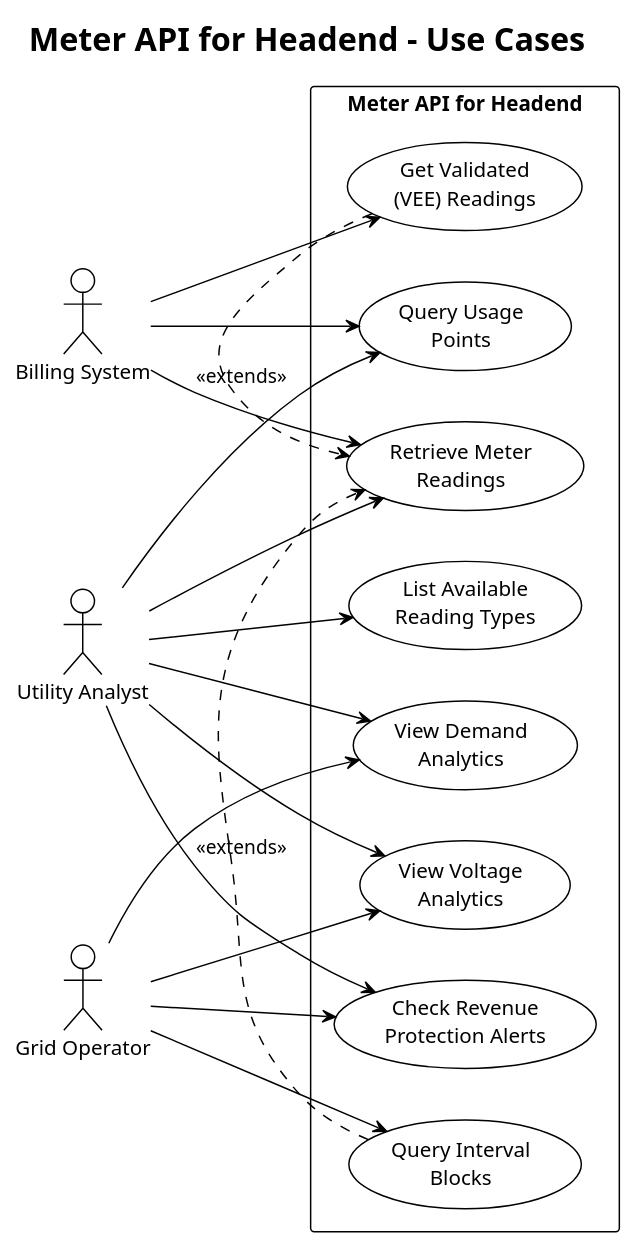
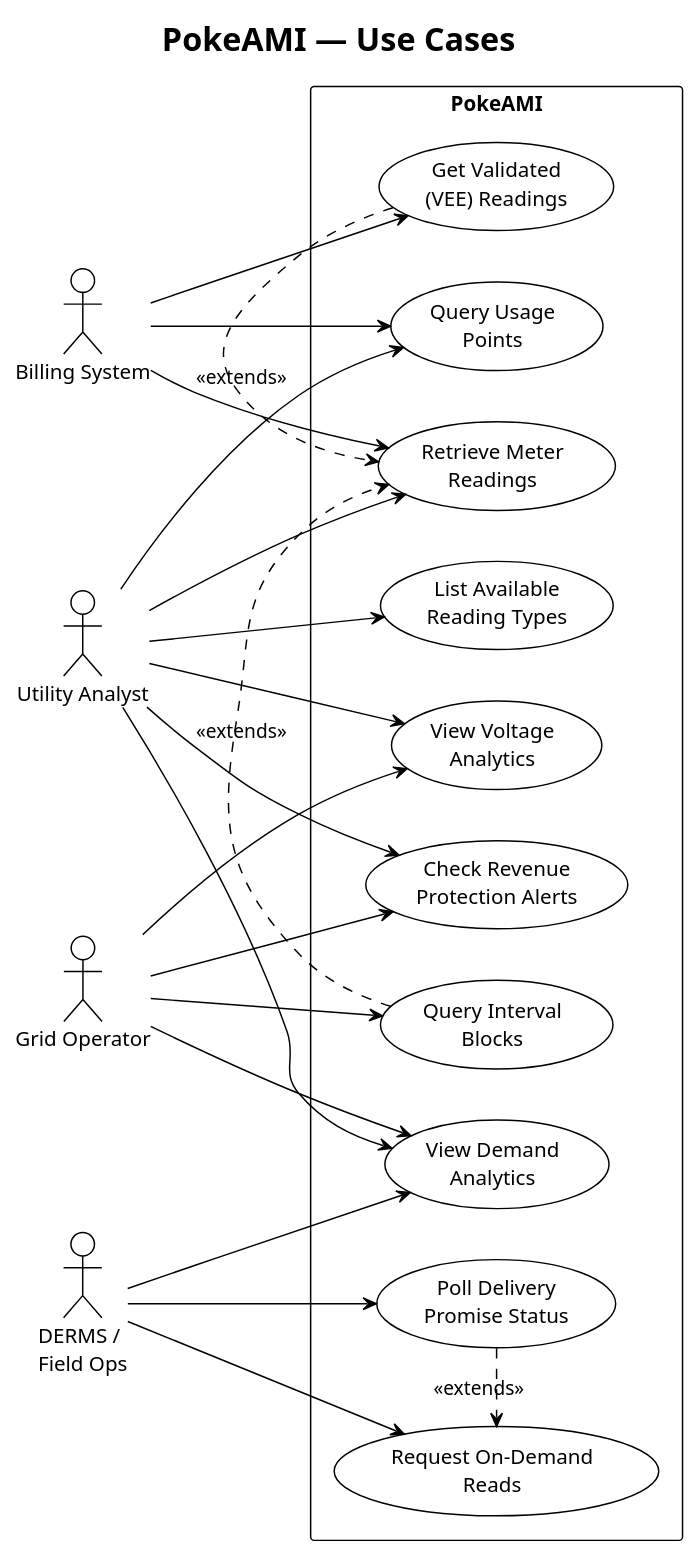
Before and after one commit to pjm4github/PokeAMI: the diagram in docs/diagrams/use_case.puml, drawn with PlantUML. The commit also changed 16 other files, not shown here.

First line of the commit message:
Rename to PokeAMI, update README and all PlantUML diagrams

```diff
--- a/docs/diagrams/use_case.puml
+++ b/docs/diagrams/use_case.puml
@@ -1,42 +1,50 @@
 @startuml Use Case Diagram
 !theme plain
 
-title Meter API for Headend - Use Cases
+title PokeAMI — Use Cases
 
 left to right direction
 
 actor "Utility Analyst" as Analyst
 actor "Billing System" as Billing
 actor "Grid Operator" as Grid
+actor "DERMS /\nField Ops" as Field
 
-rectangle "Meter API for Headend" {
+rectangle "PokeAMI" {
     usecase "Retrieve Meter\nReadings" as UC1
     usecase "Query Usage\nPoints" as UC2
     usecase "View Demand\nAnalytics" as UC3
     usecase "View Voltage\nAnalytics" as UC4
     usecase "Check Revenue\nProtection Alerts" as UC5
     usecase "List Available\nReading Types" as UC6
     usecase "Get Validated\n(VEE) Readings" as UC7
     usecase "Query Interval\nBlocks" as UC8
+    usecase "Request On-Demand\nReads" as UC9
+    usecase "Poll Delivery\nPromise Status" as UC10
 }
 
 Analyst --> UC1
 Analyst --> UC2
 Analyst --> UC3
 Analyst --> UC4
 Analyst --> UC5
 Analyst --> UC6
 
 Billing --> UC1
 Billing --> UC7
 Billing --> UC2
 
 Grid --> UC4
 Grid --> UC3
 Grid --> UC5
 Grid --> UC8
 
+Field --> UC9
+Field --> UC10
+Field --> UC3
+
 UC7 .> UC1 : <<extends>>
 UC8 .> UC1 : <<extends>>
+UC10 .> UC9 : <<extends>>
 
 @enduml
```
